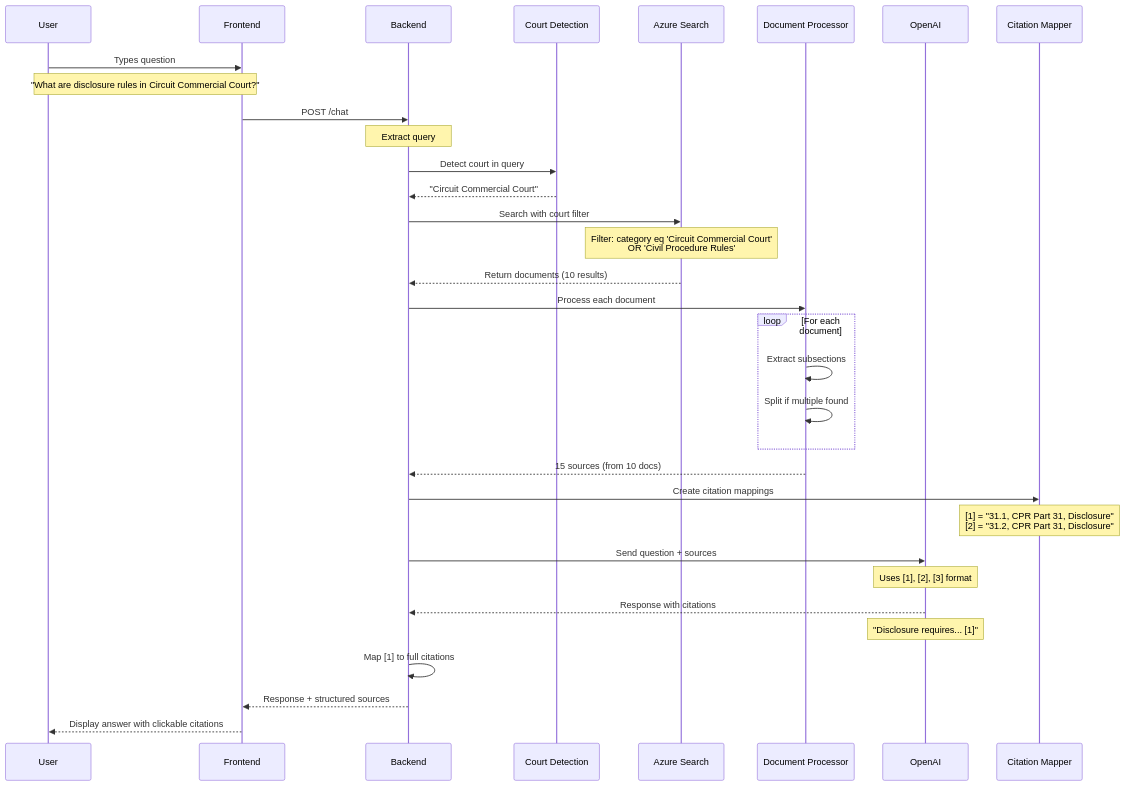
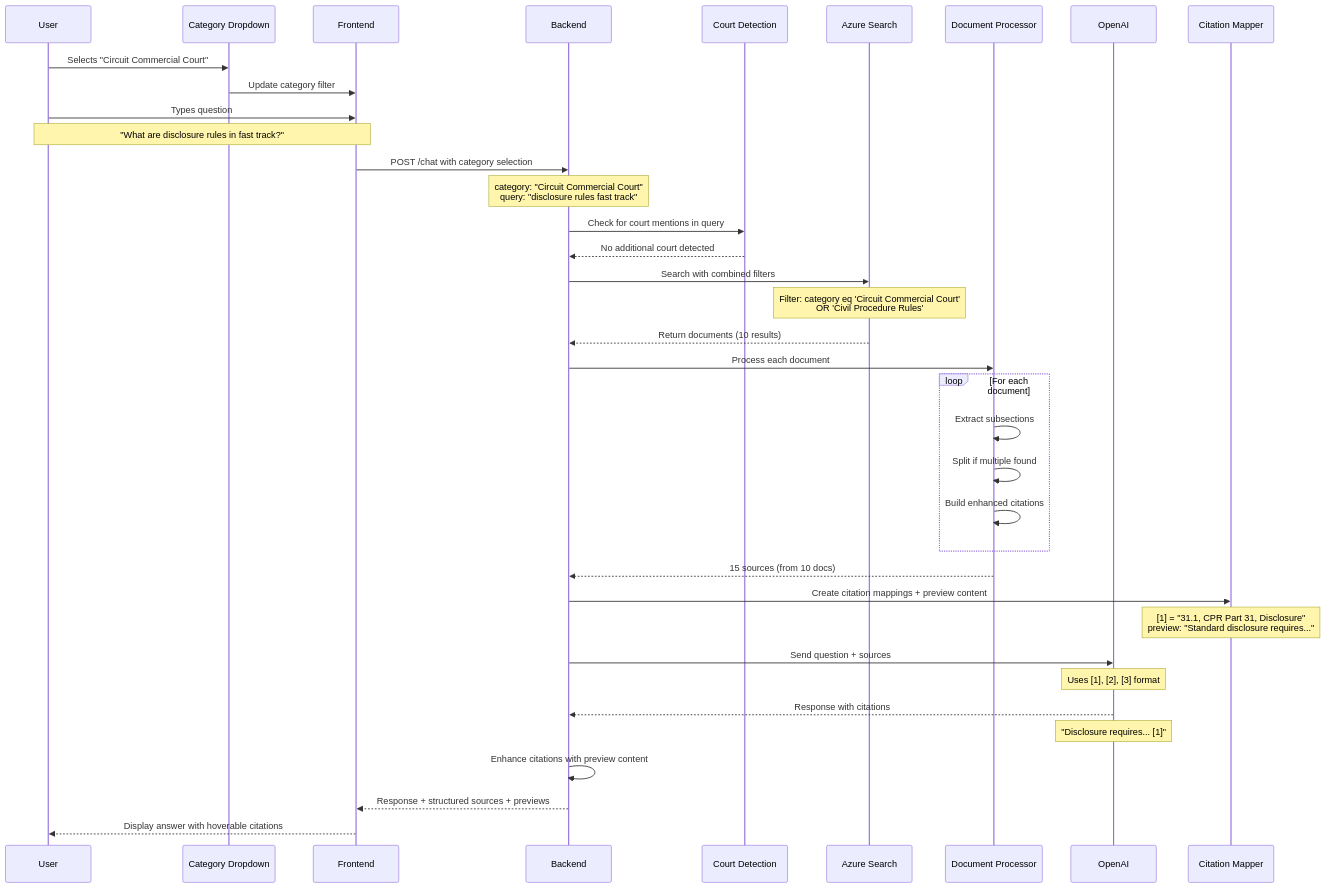
One commit to Adalex-AI/azure-search-openai-demo changed the first of 8 diagrams in changes and architecture/DATA_FLOW_DIAGRAMS.md. Above: the diagram before and after it, drawn with Mermaid. The commit also changed other lines of this file and 25 other files, not shown here.

````diff
--- a/changes and architecture/DATA_FLOW_DIAGRAMS.md
+++ b/changes and architecture/DATA_FLOW_DIAGRAMS.md
@@ -5,47 +5,52 @@
 ```mermaid
 sequenceDiagram
     participant User
+    participant CategoryUI as Category Dropdown
     participant Frontend
     participant Backend
     participant CourtDetect as Court Detection
     participant Search as Azure Search
     participant DocProc as Document Processor
     participant OpenAI
     participant CitationMap as Citation Mapper
 
+    User->>CategoryUI: Selects "Circuit Commercial Court"
+    CategoryUI->>Frontend: Update category filter
+    
     User->>Frontend: Types question
-    Note over User,Frontend: "What are disclosure rules in Circuit Commercial Court?"
+    Note over User,Frontend: "What are disclosure rules in fast track?"
     
-    Frontend->>Backend: POST /chat
-    Note over Backend: Extract query
+    Frontend->>Backend: POST /chat with category selection
+    Note over Backend: category: "Circuit Commercial Court"<br/>query: "disclosure rules fast track"
     
-    Backend->>CourtDetect: Detect court in query
-    CourtDetect-->>Backend: "Circuit Commercial Court"
+    Backend->>CourtDetect: Check for court mentions in query
+    CourtDetect-->>Backend: No additional court detected
     
-    Backend->>Search: Search with court filter
+    Backend->>Search: Search with combined filters
     Note over Search: Filter: category eq 'Circuit Commercial Court'<br/>OR 'Civil Procedure Rules'
     
     Search-->>Backend: Return documents (10 results)
     
     Backend->>DocProc: Process each document
     
     loop For each document
         DocProc->>DocProc: Extract subsections
         DocProc->>DocProc: Split if multiple found
+        DocProc->>DocProc: Build enhanced citations
     end
     
     DocProc-->>Backend: 15 sources (from 10 docs)
     
-    Backend->>CitationMap: Create citation mappings
-    Note over CitationMap: [1] = "31.1, CPR Part 31, Disclosure"<br/>[2] = "31.2, CPR Part 31, Disclosure"
+    Backend->>CitationMap: Create citation mappings + preview content
+    Note over CitationMap: [1] = "31.1, CPR Part 31, Disclosure"<br/>preview: "Standard disclosure requires..."
     
     Backend->>OpenAI: Send question + sources
     Note over OpenAI: Uses [1], [2], [3] format
     
     OpenAI-->>Backend: Response with citations
     Note over OpenAI: "Disclosure requires... [1]"
     
-    Backend->>Backend: Map [1] to full citations
-    Backend-->>Frontend: Response + structured sources
-    Frontend-->>User: Display answer with clickable citations
+    Backend->>Backend: Enhance citations with preview content
+    Backend-->>Frontend: Response + structured sources + previews
+    Frontend-->>User: Display answer with hoverable citations
 ```
````
